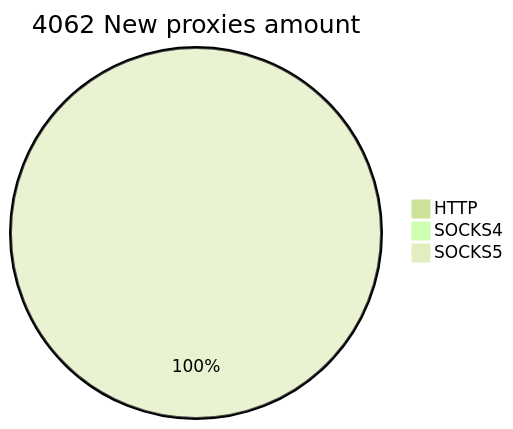
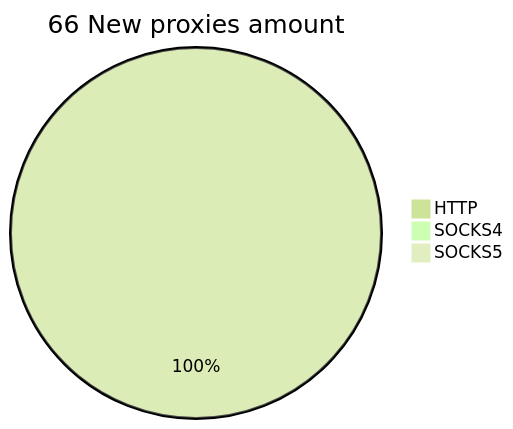
The second of 2 diagrams in README.md (cutipu/proxylist), drawn with Mermaid (forest theme) before and after one commit. The commit also changed other lines of this file, not shown here.

````diff
--- a/README.md
+++ b/README.md
@@ -10,6 +10,6 @@
 ```mermaid
-pie title 4062 New proxies amount
-    "HTTP" : 0
-    "SOCKS4" : 1
-    "SOCKS5" : 4061
+pie title 66 New proxies amount
+    "HTTP" : 74
+    "SOCKS4" : 0
+    "SOCKS5" : 0
 ```
````
